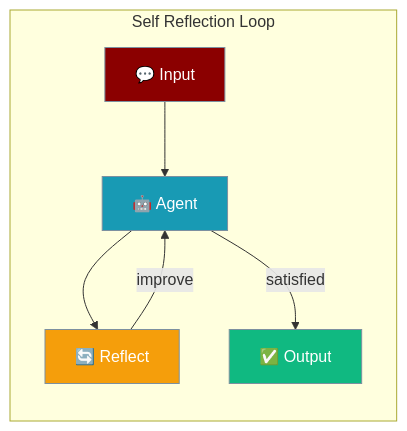
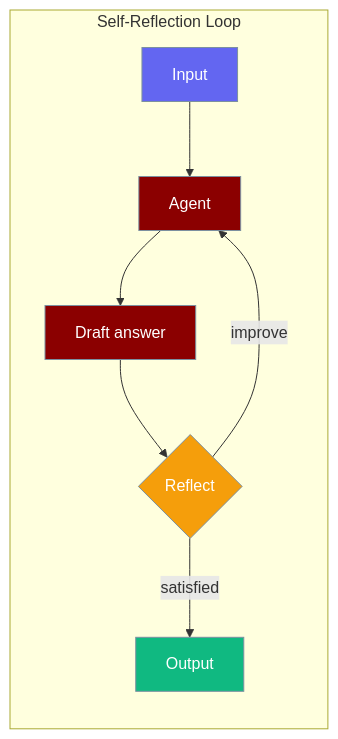
One commit to MervinPraison/PraisonAIDocs changed the first of 3 diagrams in docs/features/selfreflection.mdx. Above: the diagram before and after it, drawn with Mermaid. The commit also changed other lines of this file and 4 other files, not shown here.

````diff
--- a/docs/features/selfreflection.mdx
+++ b/docs/features/selfreflection.mdx
@@ -8,19 +21,20 @@
 ```mermaid
 graph LR
-    subgraph "Self Reflection Loop"
-        In["💬 Input"] --> Agent["🤖 Agent"]
-        Agent --> Reflect["🔄 Reflect"]
-        Reflect -->|"improve"| Agent
-        Agent -->|"satisfied"| Out["✅ Output"]
+    subgraph "Self-Reflection Loop"
+        In[Input] --> Agent[Agent]
+        Agent --> Draft[Draft answer]
+        Draft --> Reflect{Reflect}
+        Reflect -->|improve| Agent
+        Reflect -->|satisfied| Out[Output]
     end
 
-    classDef input fill:#8B0000,stroke:#7C90A0,color:#fff
-    classDef agent fill:#189AB4,stroke:#7C90A0,color:#fff
-    classDef reflect fill:#F59E0B,stroke:#7C90A0,color:#fff
+    classDef input fill:#6366F1,stroke:#7C90A0,color:#fff
+    classDef agent fill:#8B0000,stroke:#7C90A0,color:#fff
+    classDef gate fill:#F59E0B,stroke:#7C90A0,color:#fff
     classDef output fill:#10B981,stroke:#7C90A0,color:#fff
 
     class In input
-    class Agent agent
-    class Reflect reflect
+    class Agent,Draft agent
+    class Reflect gate
     class Out output
 ```
````
